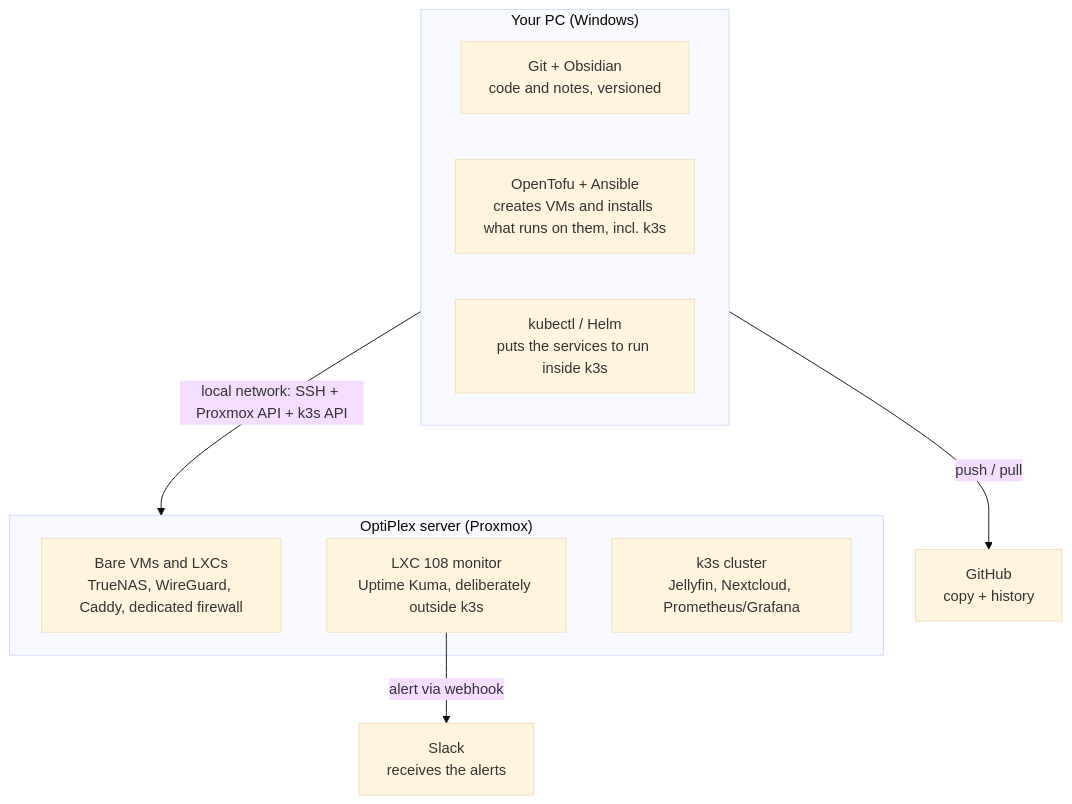
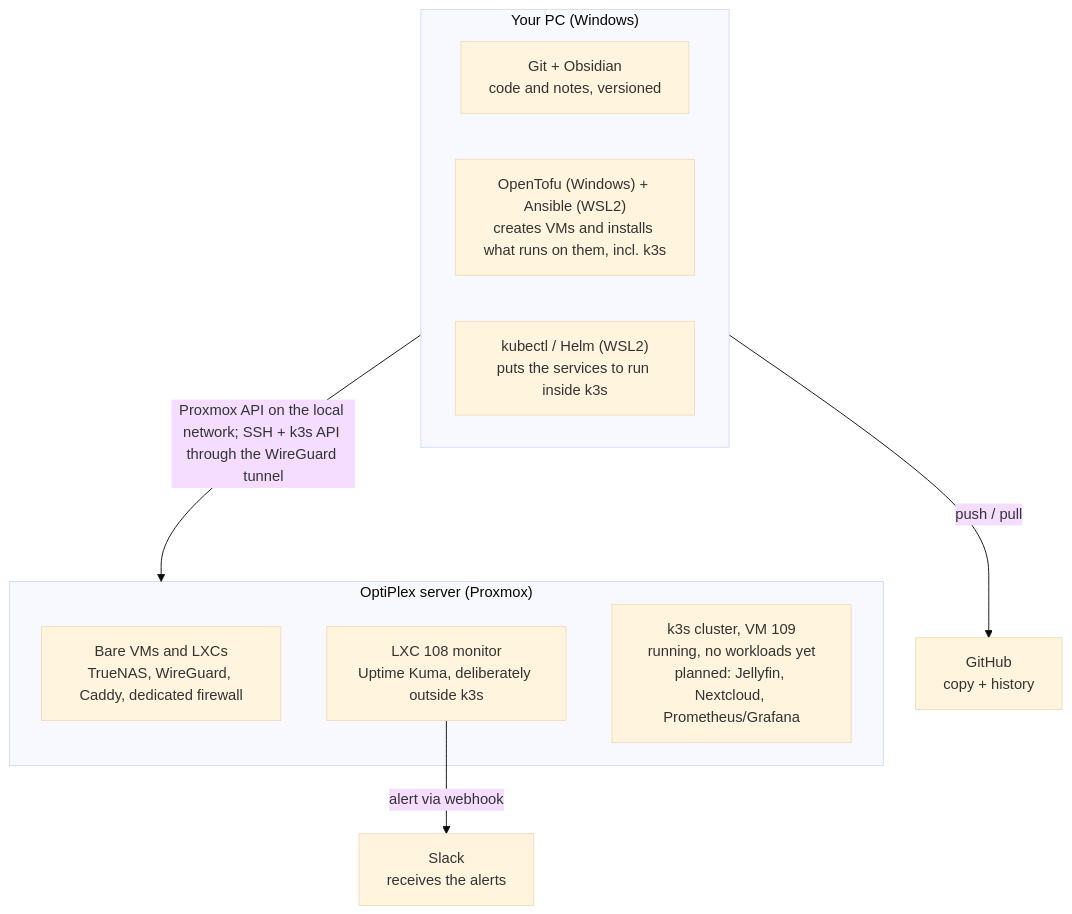
The diagram in docs/WORKFLOW.md (RuiGRMargarido/homelab), drawn with Mermaid (base theme) before and after one commit. The commit also changed other lines of this file and 5 other files, not shown here.

````diff
--- a/docs/WORKFLOW.md
+++ b/docs/WORKFLOW.md
@@ -10,22 +10,22 @@
 ```mermaid
 graph TB
     GH[GitHub<br/>copy + history]
 
     subgraph PC["Your PC (Windows)"]
         GO["Git + Obsidian<br/>code and notes, versioned"]
-        TA["OpenTofu + Ansible<br/>creates VMs and installs what runs on them, incl. k3s"]
-        KH["kubectl / Helm<br/>puts the services to run inside k3s"]
+        TA["OpenTofu (Windows) + Ansible (WSL2)<br/>creates VMs and installs what runs on them, incl. k3s"]
+        KH["kubectl / Helm (WSL2)<br/>puts the services to run inside k3s"]
     end
 
     subgraph OP["OptiPlex server (Proxmox)"]
         PVM["Bare VMs and LXCs<br/>TrueNAS, WireGuard, Caddy, dedicated firewall"]
         UK["LXC 108 monitor<br/>Uptime Kuma, deliberately outside k3s"]
-        K3S["k3s cluster<br/>Jellyfin, Nextcloud, Prometheus/Grafana"]
+        K3S["k3s cluster, VM 109<br/>running, no workloads yet<br/>planned: Jellyfin, Nextcloud, Prometheus/Grafana"]
     end
 
     SL[Slack<br/>receives the alerts]
 
     PC -- "push / pull" --> GH
-    PC -- "local network: SSH + Proxmox API + k3s API" --> OP
+    PC -- "Proxmox API on the local network; SSH + k3s API through the WireGuard tunnel" --> OP
     UK -- "alert via webhook" --> SL
 ```
````
